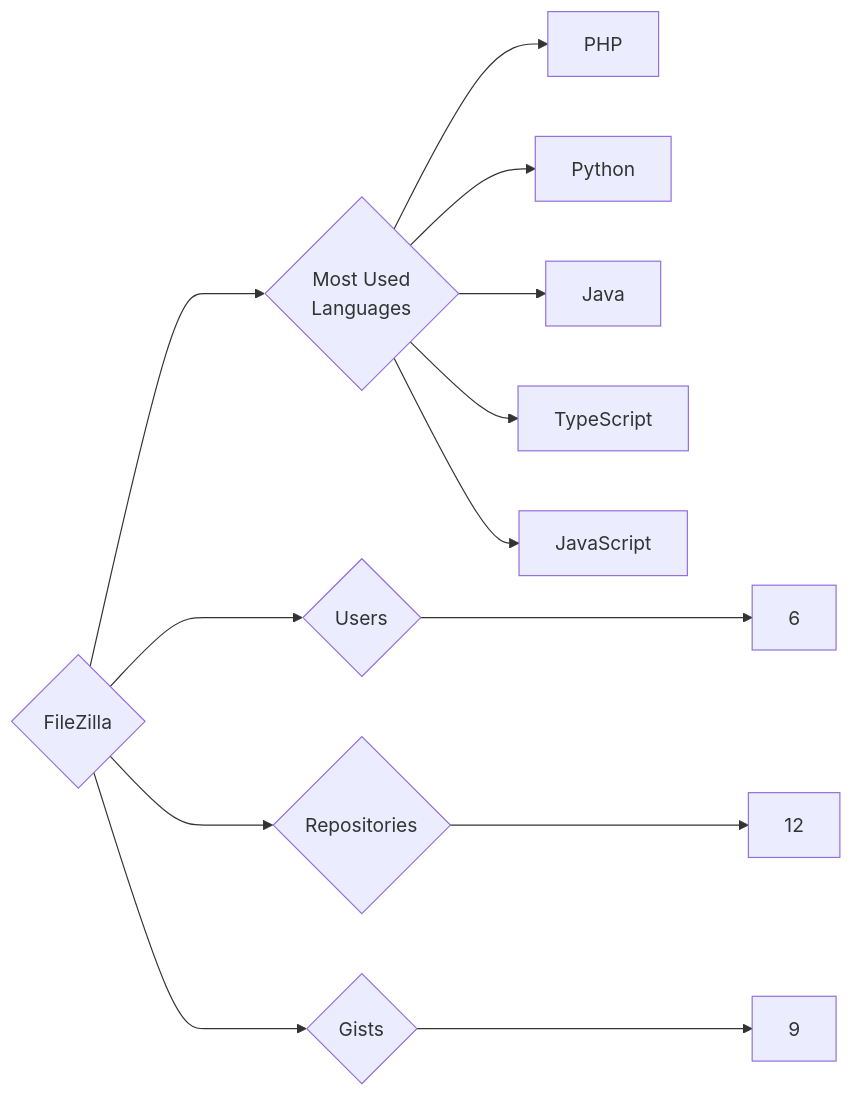
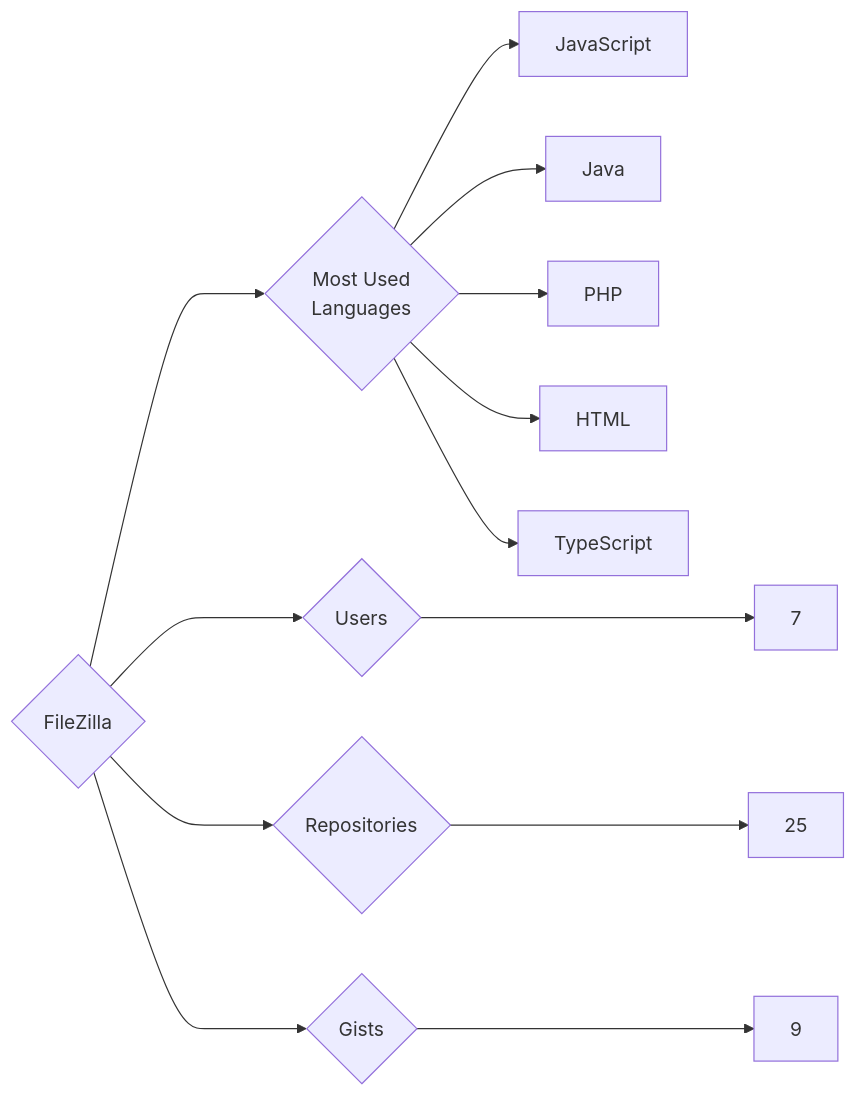
One commit to trickest/insiders changed the diagram in targets/FileZilla/README.md. Above: the diagram before and after it, drawn with Mermaid. The commit also changed 1003 other files, not shown here.

````diff
--- a/targets/FileZilla/README.md
+++ b/targets/FileZilla/README.md
@@ -3,13 +3,13 @@
 ```mermaid
 graph LR
 COMPANY_NAME{FileZilla}
-COMPANY_NAME ---> U{Users} ---> UN[6]
-COMPANY_NAME ---> R{Repositories} ---> RN[12]
+COMPANY_NAME ---> U{Users} ---> UN[7]
+COMPANY_NAME ---> R{Repositories} ---> RN[25]
 COMPANY_NAME ---> G{Gists} ---> GN[9]
 COMPANY_NAME ---> ML{Most Used<br>Languages}
+ML --> JavaScript[JavaScript]
+ML --> Java[Java]
 ML --> PHP[PHP]
-ML --> Python[Python]
-ML --> Java[Java]
+ML --> HTML[HTML]
 ML --> TypeScript[TypeScript]
-ML --> JavaScript[JavaScript]
 ```
````
